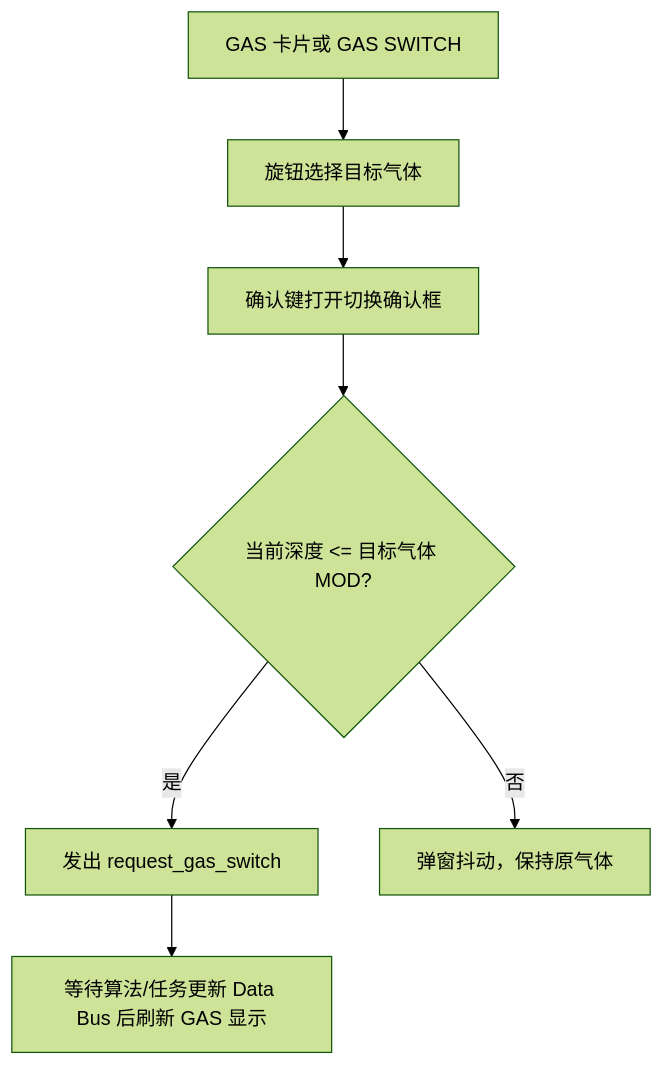
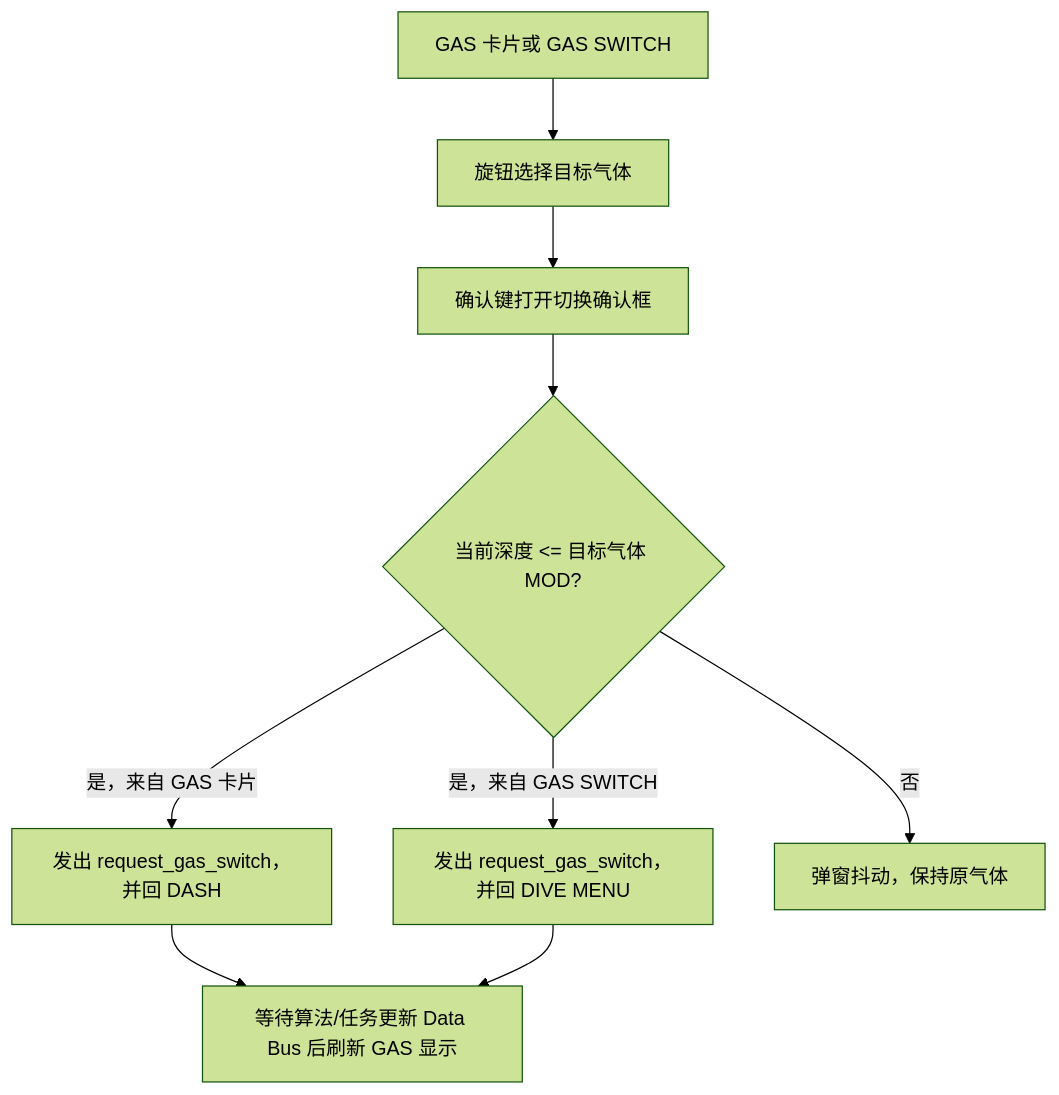
One commit to arexvision/lv_port_win_codeblocks-release-v8.3_hasGroup changed the sixth of 7 diagrams in UI_html_DOC/UI_STATE_LOGIC.md. Above: the diagram before and after it, drawn with Mermaid (forest theme). The commit also changed other lines of this file, not shown here.

````diff
--- a/UI_html_DOC/UI_STATE_LOGIC.md
+++ b/UI_html_DOC/UI_STATE_LOGIC.md
@@ -294,9 +323,11 @@
 ```mermaid
 flowchart TB
     Entry["GAS 卡片或 GAS SWITCH"] --> Pick["旋钮选择目标气体"]
     Pick --> Modal["确认键打开切换确认框"]
     Modal --> Check{"当前深度 <= 目标气体 MOD?"}
-    Check -->|"是"| Request["发出 request_gas_switch"]
+    Check -->|"是，来自 GAS 卡片"| RequestDash["发出 request_gas_switch，并回 DASH"]
+    Check -->|"是，来自 GAS SWITCH"| RequestSetup["发出 request_gas_switch，并回 DIVE MENU"]
     Check -->|"否"| Pulse["弹窗抖动，保持原气体"]
-    Request --> Refresh["等待算法/任务更新 Data Bus 后刷新 GAS 显示"]
+    RequestDash --> Refresh["等待算法/任务更新 Data Bus 后刷新 GAS 显示"]
+    RequestSetup --> Refresh
 ```
````
